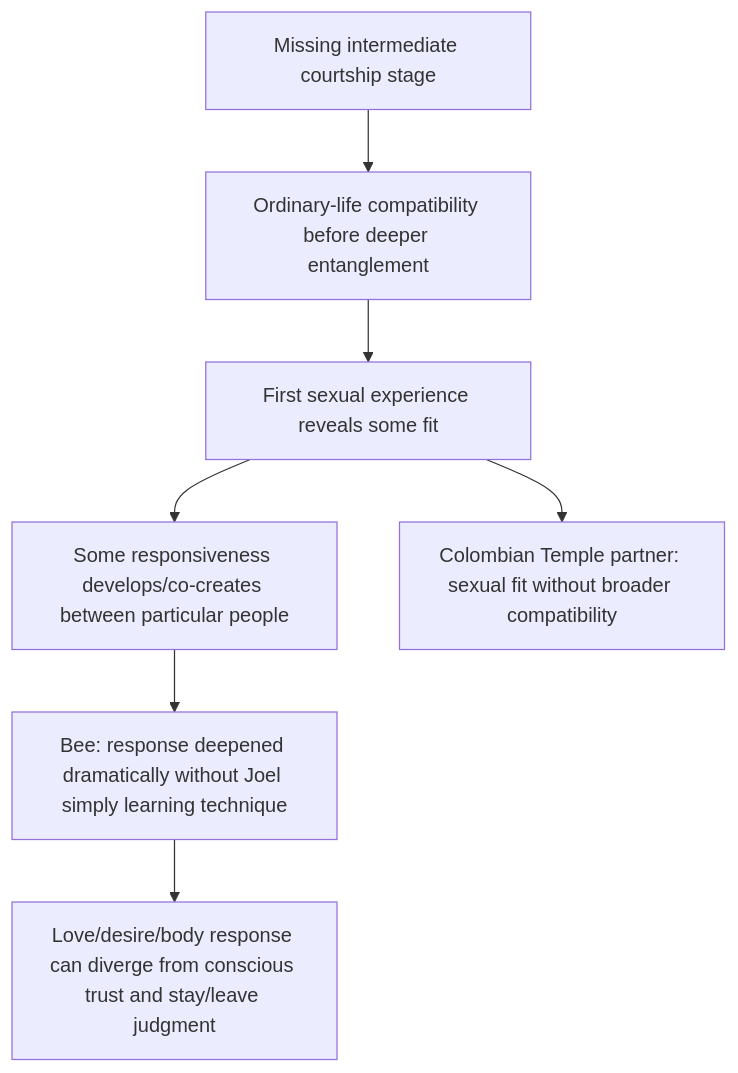
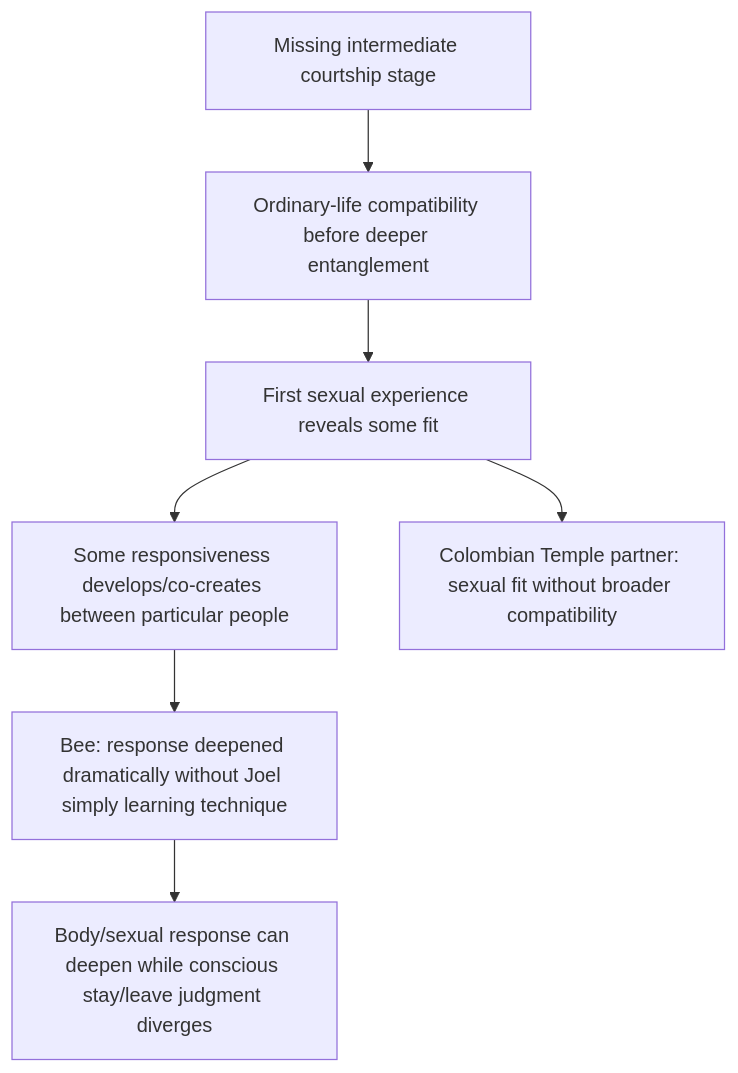
Before and after one commit to u-dont-existDOTcom/pangram-humanization-lab: the sixth of 14 diagrams in work/romance-current-assembly/ARCHITECTURE.md, drawn with Mermaid. The commit also changed other lines of this file, not shown here.

Commit message:
state: sync Romance architecture to 20496 candidate

````diff
--- a/work/romance-current-assembly/ARCHITECTURE.md
+++ b/work/romance-current-assembly/ARCHITECTURE.md
@@ -115,13 +117,13 @@
 ```mermaid
 flowchart TD
     middle["Missing intermediate courtship stage"]
     ordinary["Ordinary-life compatibility before deeper entanglement"]
     firstnight["First sexual experience reveals some fit"]
     develop["Some responsiveness develops/co-creates between particular people"]
     bee["Bee: response deepened dramatically without Joel simply learning technique"]
-    paradox["Love/desire/body response can diverge from conscious trust and stay/leave judgment"]
+    paradox["Body/sexual response can deepen while conscious stay/leave judgment diverges"]
     colombian["Colombian Temple partner: sexual fit without broader compatibility"]
 
     middle --> ordinary --> firstnight --> develop --> bee --> paradox
     firstnight --> colombian
 ```
````
